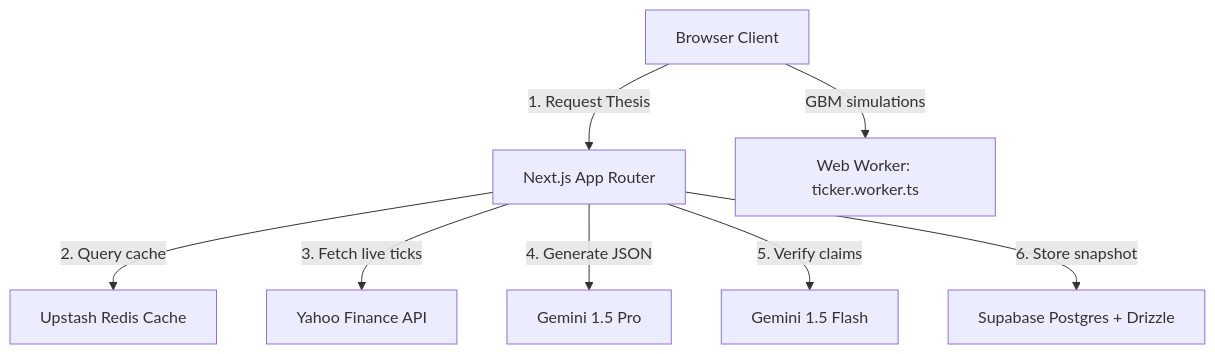
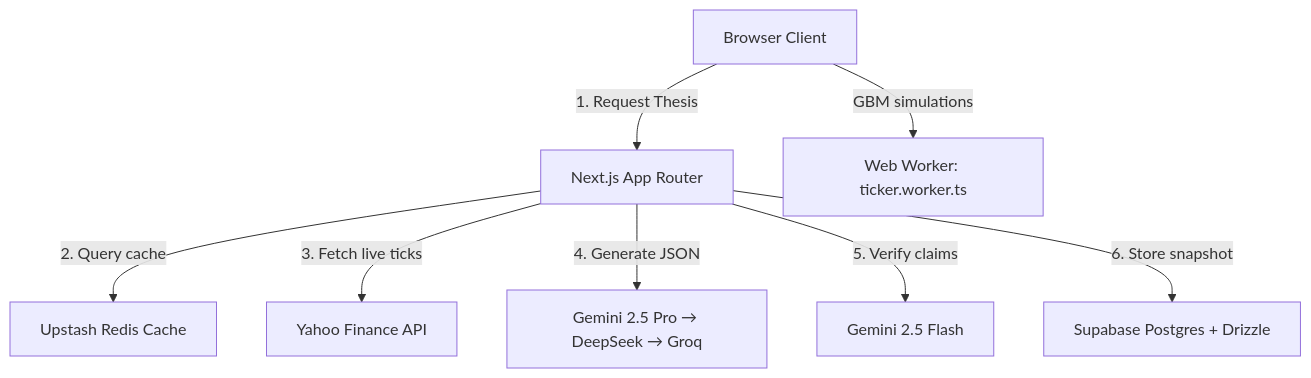
The diagram in README.md (rajyyug1132/stock-thesis-generator), drawn with Mermaid before and after one commit. The commit also changed other lines of this file, not shown here.

First line of the commit message:
docs: update README — fix Gemini model versions, add new features

````diff
--- a/README.md
+++ b/README.md
@@ -42,10 +43,10 @@
 ```mermaid
 graph TD
     Client[Browser Client] -->|1. Request Thesis| App[Next.js App Router]
     App -->|2. Query cache| Redis[Upstash Redis Cache]
     App -->|3. Fetch live ticks| YF[Yahoo Finance API]
-    App -->|4. Generate JSON| GeminiPro[Gemini 1.5 Pro]
-    App -->|5. Verify claims| GeminiFlash[Gemini 1.5 Flash]
+    App -->|4. Generate JSON| GeminiPro[Gemini 2.5 Pro → DeepSeek → Groq]
+    App -->|5. Verify claims| GeminiFlash[Gemini 2.5 Flash]
     App -->|6. Store snapshot| DB[Supabase Postgres + Drizzle]
     Client -->|GBM simulations| Worker[Web Worker: ticker.worker.ts]
 ```
````
